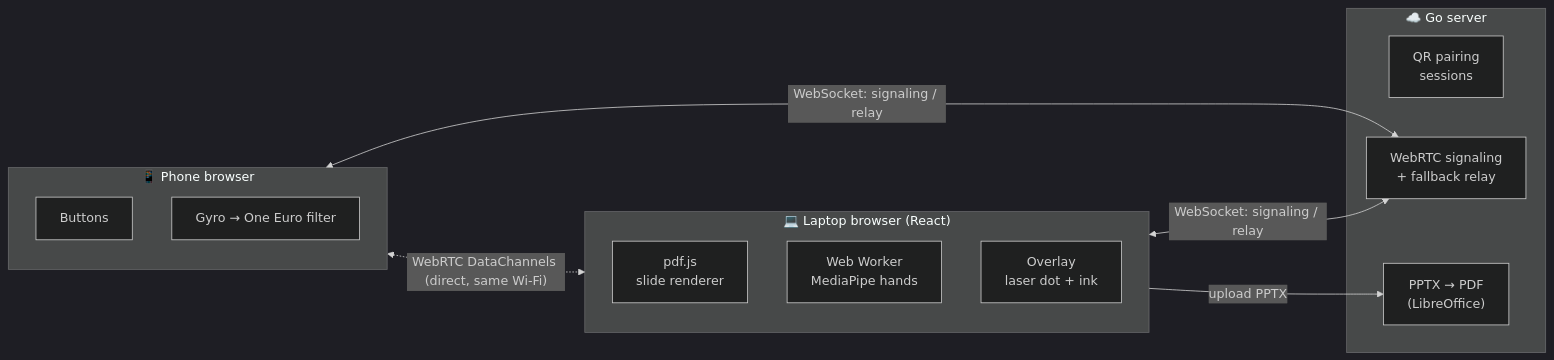
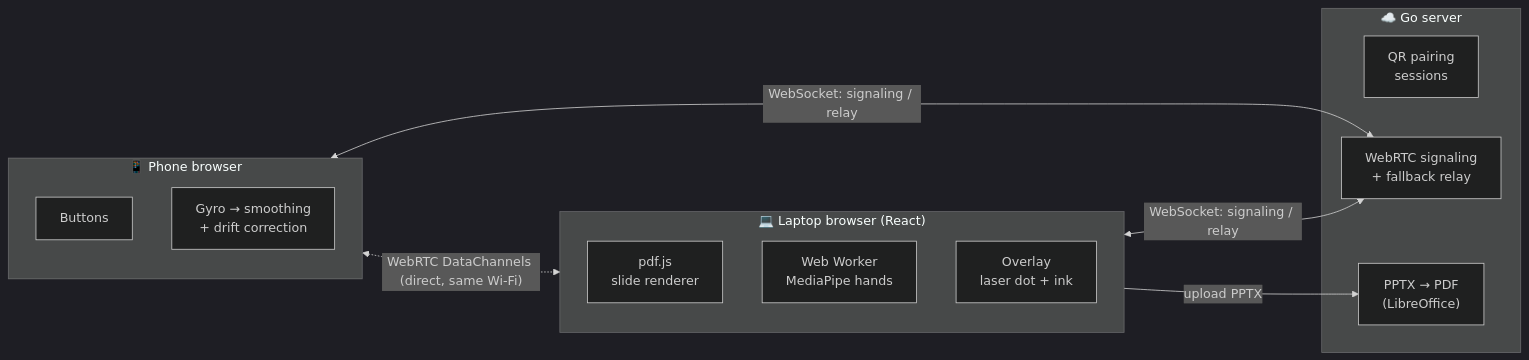
Before and after one commit to Pranav-Conova/ppt-remote: the first of 2 diagrams in README.md, drawn with Mermaid (dark theme). The commit also changed other lines of this file, not shown here.

````diff
--- a/README.md
+++ b/README.md
@@ -70,24 +128,24 @@
 ```mermaid
 flowchart LR
     subgraph Laptop["💻 Laptop browser (React)"]
         PDF["pdf.js<br/>slide renderer"]
         HW["Web Worker<br/>MediaPipe hands"]
         OV["Overlay<br/>laser dot + ink"]
     end
 
     subgraph Phone["📱 Phone browser"]
         BTN["Buttons"]
-        GYRO["Gyro → One Euro filter"]
+        GYRO["Gyro → smoothing<br/>+ drift correction"]
     end
 
     subgraph Server["☁️ Go server"]
         PAIR["QR pairing<br/>sessions"]
         SIG["WebRTC signaling<br/>+ fallback relay"]
         CONV["PPTX → PDF<br/>(LibreOffice)"]
     end
 
     Phone <-. "WebRTC DataChannels (direct, same Wi-Fi)" .-> Laptop
     Phone <-- "WebSocket: signaling / relay" --> SIG
     Laptop <-- "WebSocket: signaling / relay" --> SIG
     Laptop -- "upload PPTX" --> CONV
 ```
````
